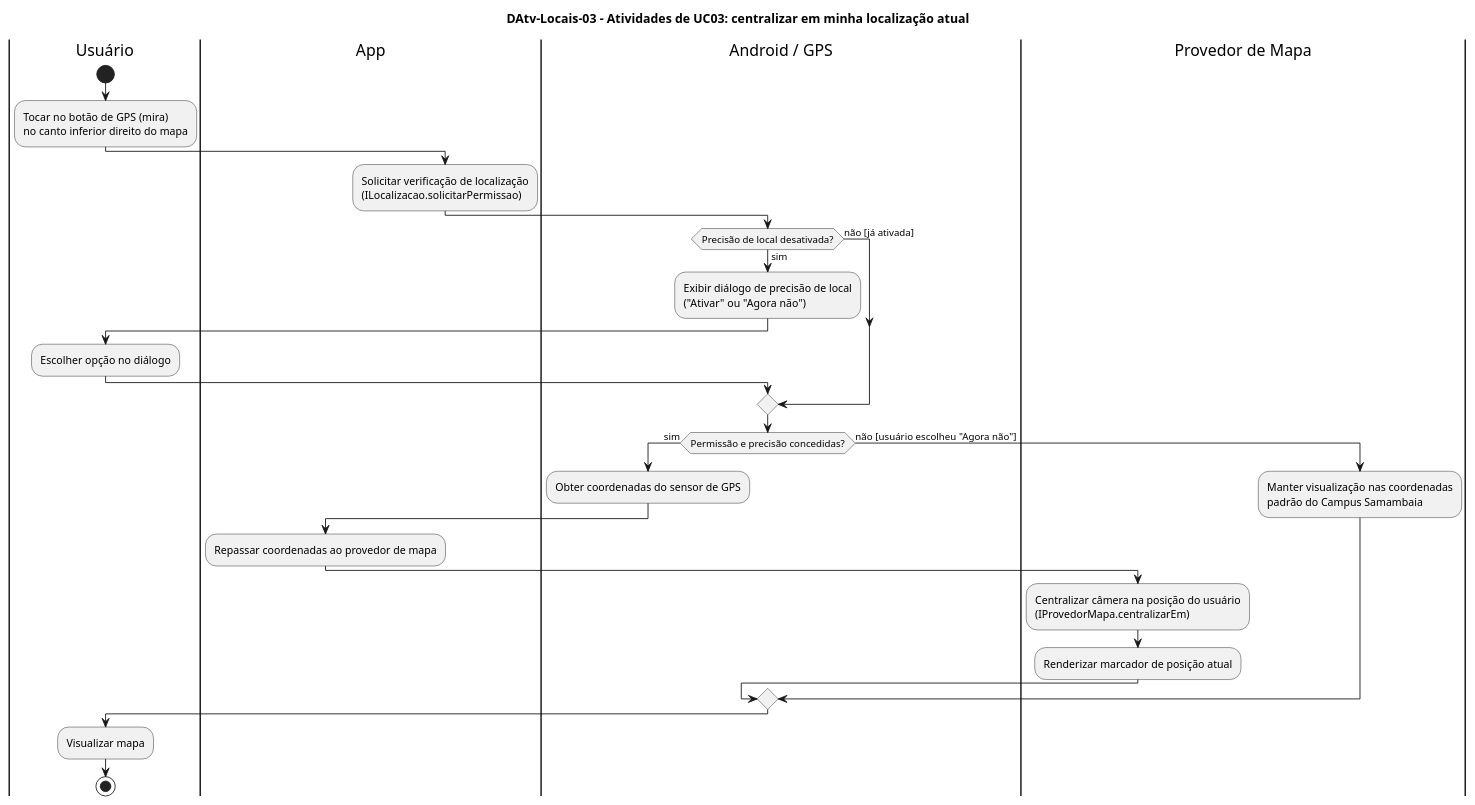
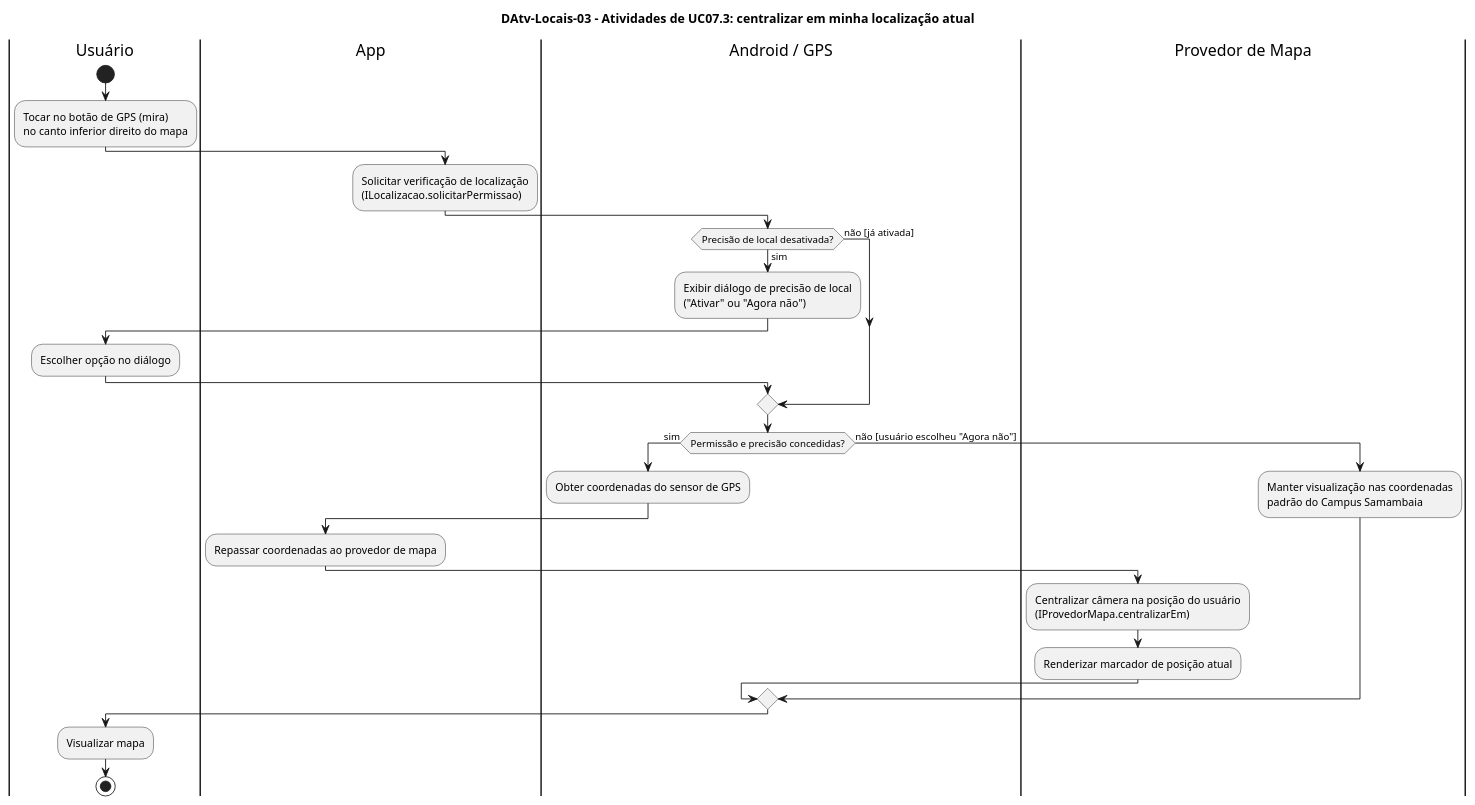
The diagram in Locais/DAtv-Locais-03.puml (joseduardogon/Minha_UFG_Grupo_Cinza), drawn with PlantUML before and after one commit. The commit also changed 30 other files, not shown here.

```diff
--- a/Locais/DAtv-Locais-03.puml
+++ b/Locais/DAtv-Locais-03.puml
@@ -1,35 +1,35 @@
 @startuml DAtv-Locais-03
-title DAtv-Locais-03 – Atividades de UC03: centralizar em minha localização atual
+title DAtv-Locais-03 – Atividades de UC07.3: centralizar em minha localização atual
 
 |Usuário|
 start
 :Tocar no botão de GPS (mira)\nno canto inferior direito do mapa;
 
 |App|
 :Solicitar verificação de localização\n(ILocalizacao.solicitarPermissao);
 
 |Android / GPS|
 if (Precisão de local desativada?) then (sim)
   :Exibir diálogo de precisão de local\n("Ativar" ou "Agora não");
   |Usuário|
   :Escolher opção no diálogo;
   |Android / GPS|
 else (não [já ativada])
 endif
 
 if (Permissão e precisão concedidas?) then (sim)
   :Obter coordenadas do sensor de GPS;
   |App|
   :Repassar coordenadas ao provedor de mapa;
   |Provedor de Mapa|
   :Centralizar câmera na posição do usuário\n(IProvedorMapa.centralizarEm);
   :Renderizar marcador de posição atual;
 else (não [usuário escolheu "Agora não"])
   |Provedor de Mapa|
   :Manter visualização nas coordenadas\npadrão do Campus Samambaia;
 endif
 
 |Usuário|
 :Visualizar mapa;
 stop
 @enduml
```
